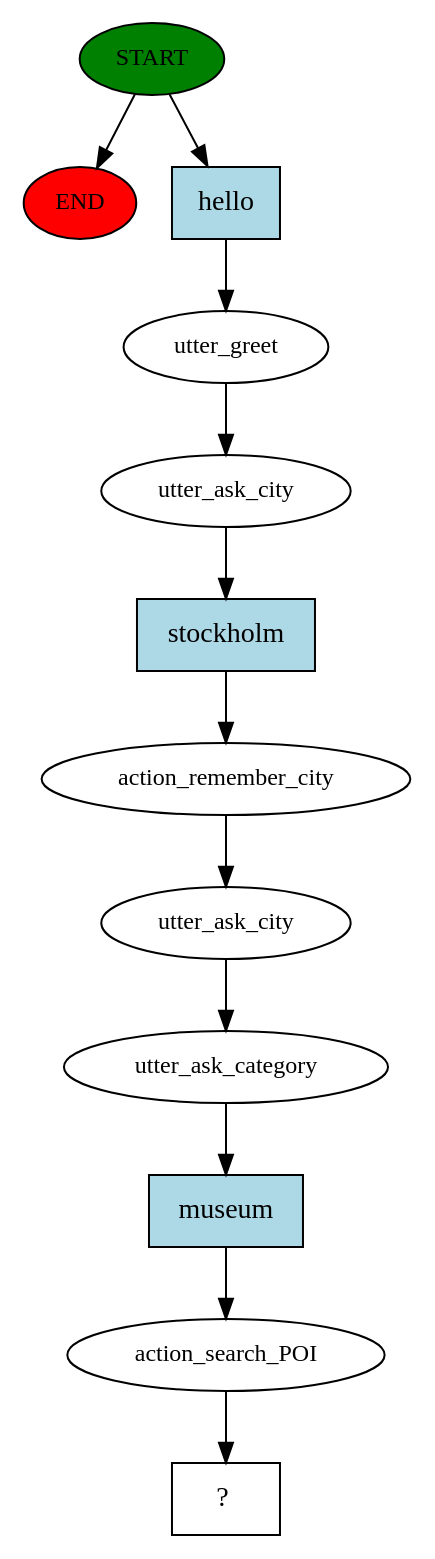
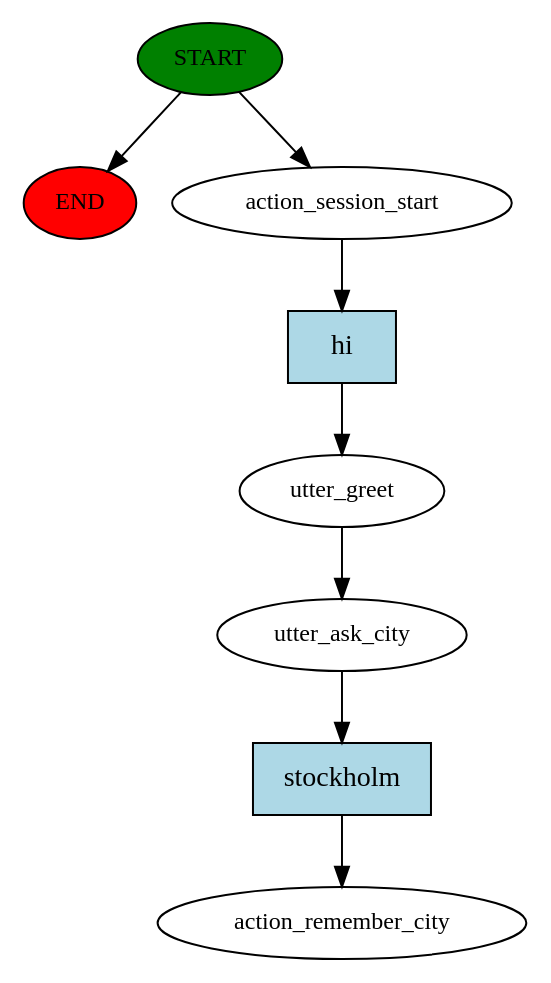
The diagram in story_graph.dot (paolocalderaro/DT2151_TravelBot_project), drawn with Graphviz before and after one commit. The commit also changed 8 other files, not shown here.

```diff
--- a/story_graph.dot
+++ b/story_graph.dot
@@ -1,25 +1,17 @@
 digraph  {
 0 [class="start active", fillcolor=green, fontsize=12, label=START, style=filled];
 "-1" [class=end, fillcolor=red, fontsize=12, label=END, style=filled];
-1 [class=active, fontsize=12, label=utter_greet];
-2 [class=active, fontsize=12, label=utter_ask_city];
-3 [class=active, fontsize=12, label=action_remember_city];
-4 [class=active, fontsize=12, label=utter_ask_city];
-5 [class=active, fontsize=12, label=utter_ask_category];
-6 [class=active, fontsize=12, label=action_search_POI];
-7 [class="intent dashed active", label="  ?  ", shape=rect];
-8 [class="intent active", fillcolor=lightblue, label=hello, shape=rect, style=filled];
-9 [class="intent active", fillcolor=lightblue, label=stockholm, shape=rect, style=filled];
-10 [class="intent active", fillcolor=lightblue, label=museum, shape=rect, style=filled];
+1 [class=active, fontsize=12, label=action_session_start];
+2 [class=active, fontsize=12, label=utter_greet];
+3 [class=active, fontsize=12, label=utter_ask_city];
+4 [class="dashed active", fontsize=12, label=action_remember_city];
+5 [class="intent active", fillcolor=lightblue, label=hi, shape=rect, style=filled];
+6 [class="intent active", fillcolor=lightblue, label=stockholm, shape=rect, style=filled];
 0 -> "-1"  [class="", key=NONE, label=""];
-0 -> 8  [class=active, key=0];
-1 -> 2  [class=active, key=NONE, label=""];
-2 -> 9  [class=active, key=0];
-3 -> 4  [class=active, key=NONE, label=""];
-4 -> 5  [class=active, key=NONE, label=""];
-5 -> 10  [class=active, key=0];
-6 -> 7  [class=active, key=NONE, label=""];
-8 -> 1  [class=active, key=0];
-9 -> 3  [class=active, key=0];
-10 -> 6  [class=active, key=0];
+0 -> 1  [class=active, key=NONE, label=""];
+1 -> 5  [class=active, key=0];
+2 -> 3  [class=active, key=NONE, label=""];
+3 -> 6  [class=active, key=0];
+5 -> 2  [class=active, key=0];
+6 -> 4  [class=active, key=0];
 }
```
